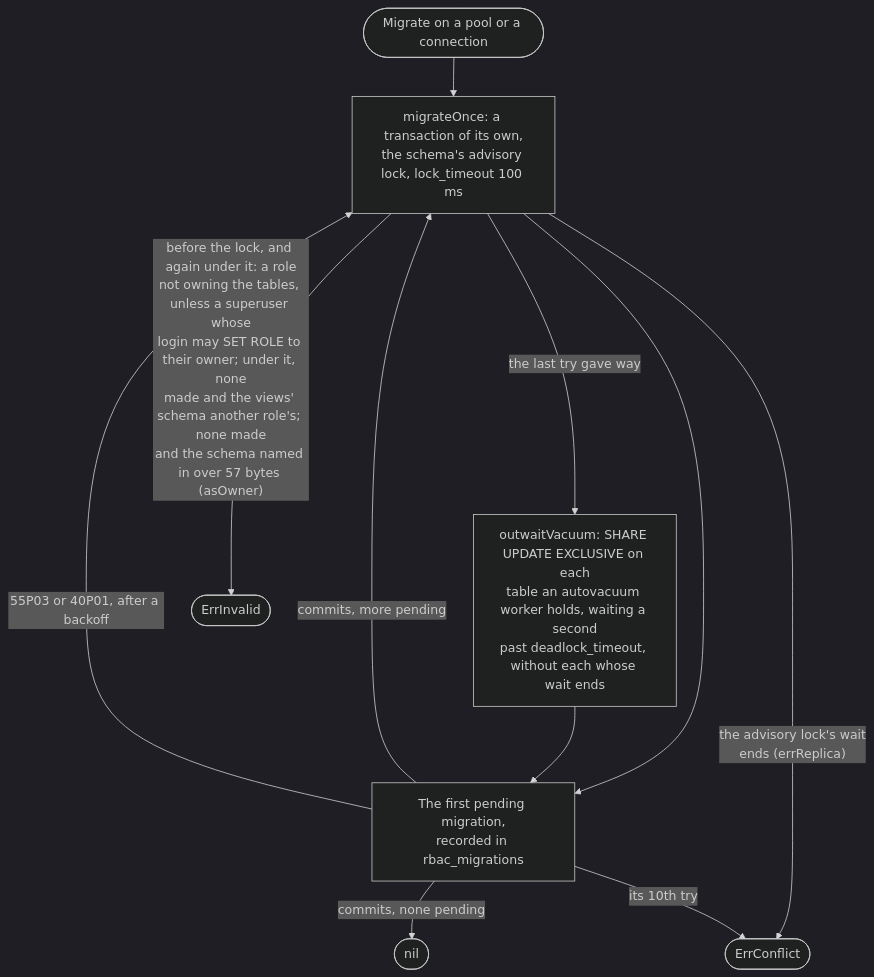
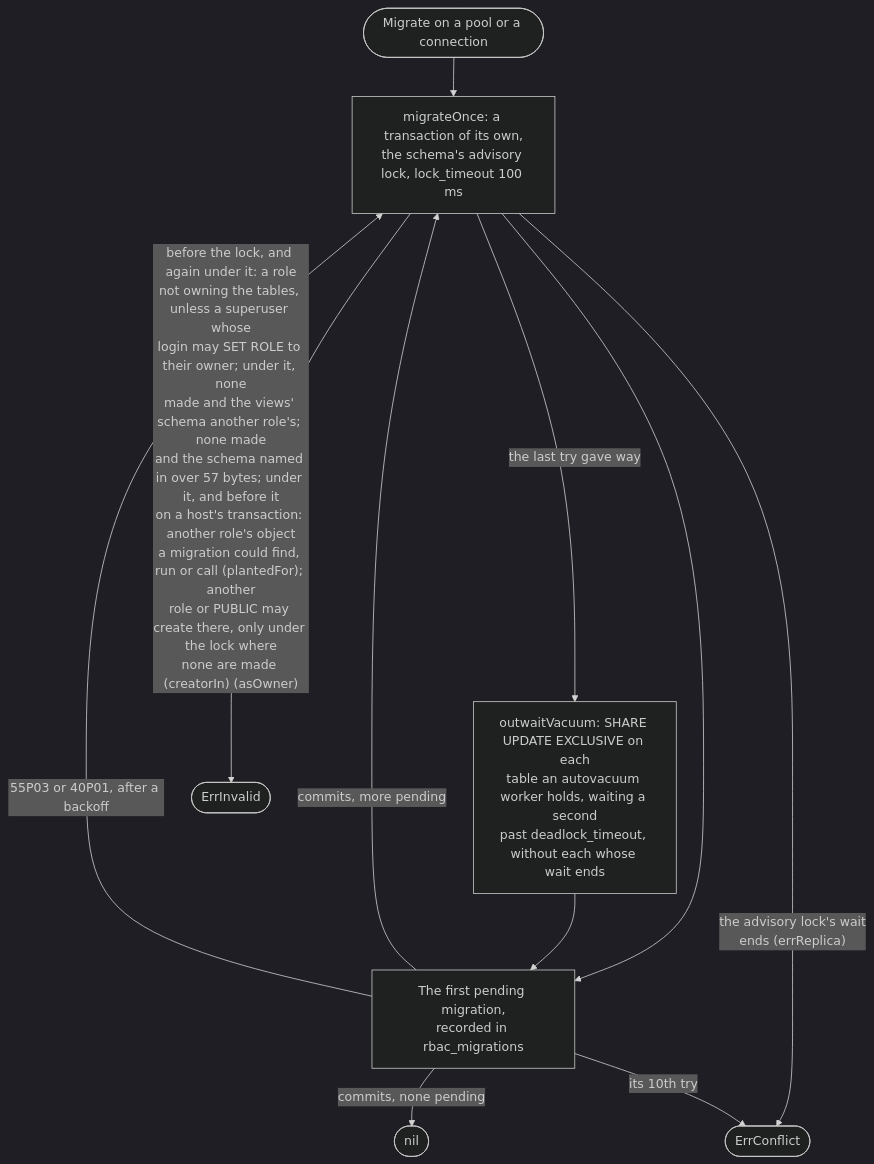
Before and after one commit to parallelworks/rbac: diagram 12 of 14 in docs/architecture.md, drawn with Mermaid (dark theme). The commit also changed other lines of this file and 13 other files, not shown here.

Commit message:
fix: a role that could create in the package's schema before Migrate could run its code as whoever migrated, a superuser included (#148)

````diff
--- a/docs/architecture.md
+++ b/docs/architecture.md
@@ -1559,13 +1604,13 @@
 ```mermaid
 flowchart TB
     start(["Migrate on a pool or a connection"]) --> tx["migrateOnce: a transaction of its own,<br/>the schema's advisory lock, lock_timeout 100 ms"]
     tx -->|"the last try gave way"| vac["outwaitVacuum: SHARE UPDATE EXCLUSIVE on each<br/>table an autovacuum worker holds, waiting a second<br/>past deadlock_timeout, without each whose wait ends"]
     tx --> one["The first pending migration,<br/>recorded in rbac_migrations"]
     vac --> one
     one -->|"commits, more pending"| tx
     one -->|"commits, none pending"| done(["nil"])
     tx -->|"the advisory lock's wait<br/>ends (errReplica)"| conflict(["ErrConflict"])
-    tx -->|"before the lock, and again under it: a role<br/>not owning the tables, unless a superuser whose<br/>login may SET ROLE to their owner; under it, none<br/>made and the views' schema another role's; none made<br/>and the schema named in over 57 bytes (asOwner)"| invalid(["ErrInvalid"])
+    tx -->|"before the lock, and again under it: a role<br/>not owning the tables, unless a superuser whose<br/>login may SET ROLE to their owner; under it, none<br/>made and the views' schema another role's; none made<br/>and the schema named in over 57 bytes; under it, and before it<br/>on a host's transaction: another role's object<br/>a migration could find, run or call (plantedFor); another<br/>role or PUBLIC may create there, only under the lock where<br/>none are made (creatorIn) (asOwner)"| invalid(["ErrInvalid"])
     one -->|"55P03 or 40P01, after a backoff"| tx
     one -->|"its 10th try"| conflict
 ```
````
